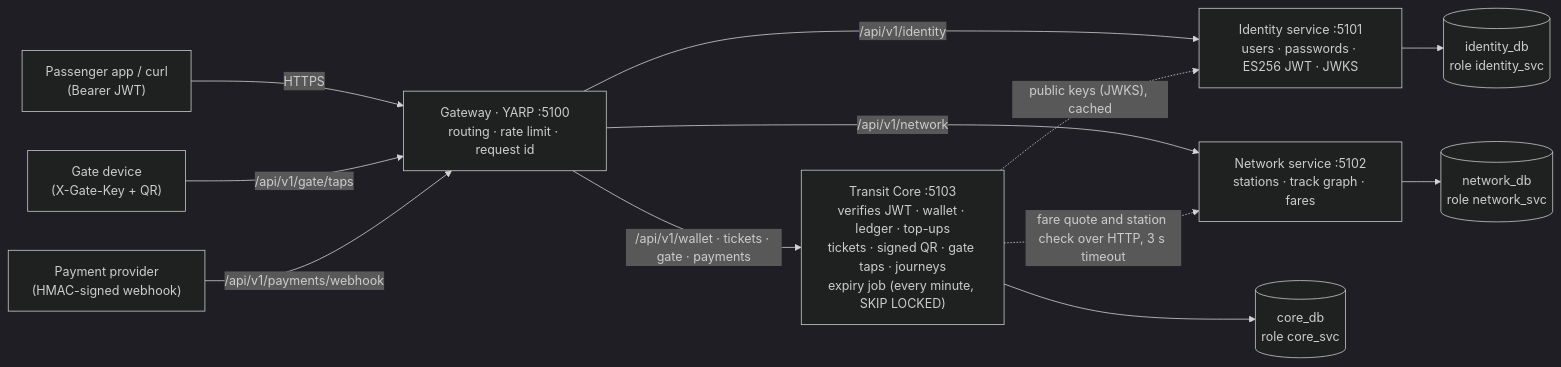
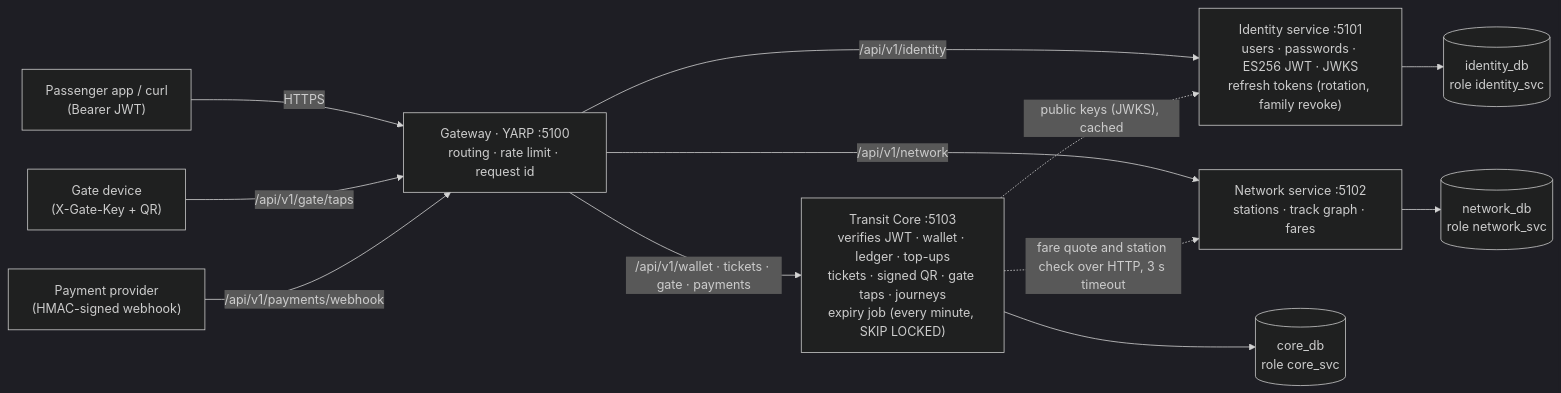
Before and after one commit to istiak133/transit-pass: the first of 3 diagrams in README.md, drawn with Mermaid (dark theme). The commit also changed other lines of this file and 13 other files, not shown here.

First line of the commit message:
feat(identity): refresh token rotation with reuse detection and family revoke (#21)

````diff
--- a/README.md
+++ b/README.md
@@ -169,14 +176,14 @@
 ```mermaid
 flowchart LR
     C["Passenger app / curl<br/>(Bearer JWT)"] -->|HTTPS| G["Gateway · YARP :5100<br/>routing · rate limit · request id"]
     D["Gate device<br/>(X-Gate-Key + QR)"] -->|/api/v1/gate/taps| G
     P["Payment provider<br/>(HMAC-signed webhook)"] -->|/api/v1/payments/webhook| G
-    G -->|/api/v1/identity| I["Identity service :5101<br/>users · passwords · ES256 JWT · JWKS"]
+    G -->|/api/v1/identity| I["Identity service :5101<br/>users · passwords · ES256 JWT · JWKS<br/>refresh tokens (rotation, family revoke)"]
     G -->|/api/v1/network| N["Network service :5102<br/>stations · track graph · fares"]
     G -->|/api/v1/wallet · tickets · gate · payments| T["Transit Core :5103<br/>verifies JWT · wallet · ledger · top-ups<br/>tickets · signed QR · gate taps · journeys<br/>expiry job (every minute, SKIP LOCKED)"]
     T -. "public keys (JWKS), cached" .-> I
     T -. "fare quote and station check over HTTP, 3 s timeout" .-> N
     I --> IDB[("identity_db<br/>role identity_svc")]
     N --> NDB[("network_db<br/>role network_svc")]
     T --> CDB[("core_db<br/>role core_svc")]
 ```
````
